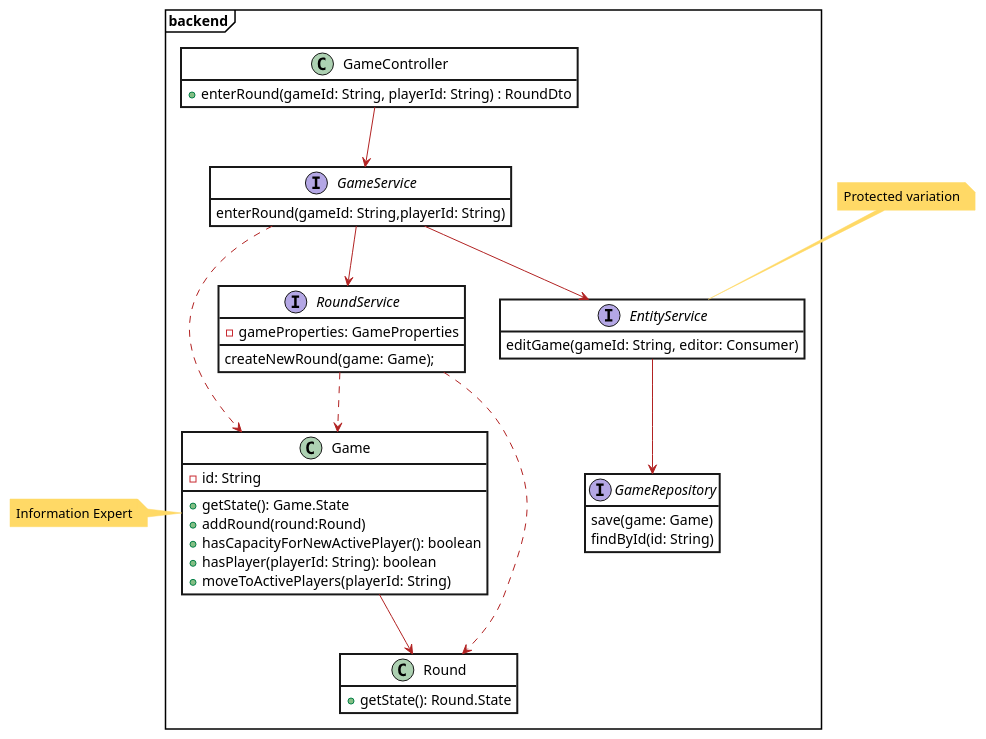
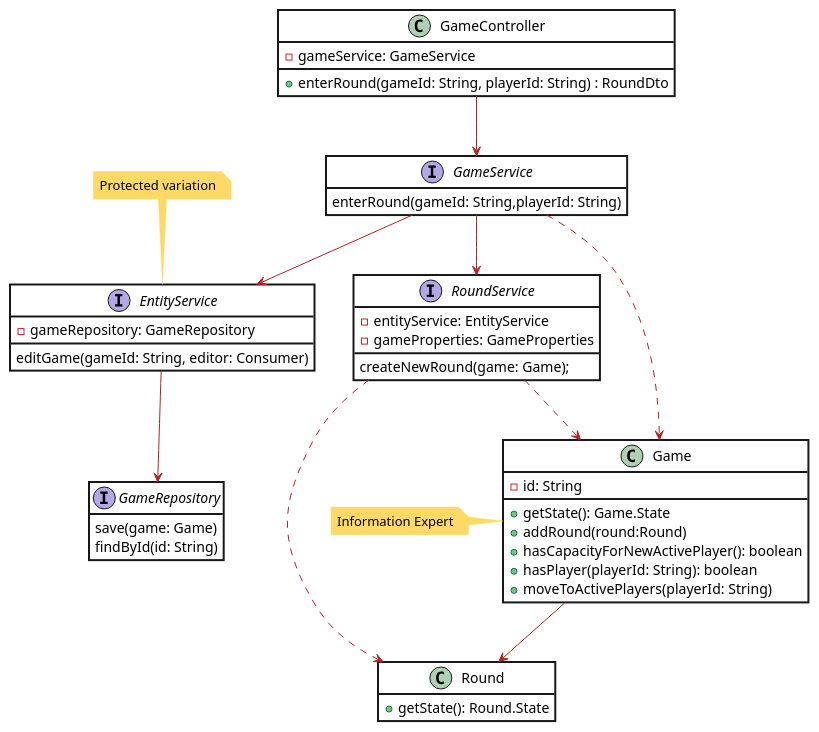
Before and after one commit to patrickwinti/worldwidewalter: the diagram in docs/diagrams/DCD_start_new_round.plantuml, drawn with PlantUML. The commit also changed 8 other files, not shown here.

Commit message:
[WWW-59] leave game diagrams

```diff
--- a/docs/diagrams/DCD_start_new_round.plantuml
+++ b/docs/diagrams/DCD_start_new_round.plantuml
@@ -1,55 +1,56 @@
 @startuml
 skinparam class {
     BackgroundColor white
     ArrowColor Firebrick
     BorderThickness 2
 }
 skinparam Note{
     BorderColor #FFD966
     BackgroundColor #FFD966
 }
 skinparam roundcorner 0
 skinparam packagestyle Frame
 hide empty members
 
-package backend{
-   class GameController {
-      +enterRound(gameId: String, playerId: String) : RoundDto
-   }
-   class Game {
-      -id: String
-      +getState(): Game.State
-      +addRound(round:Round)
-      +hasCapacityForNewActivePlayer(): boolean
-      +hasPlayer(playerId: String): boolean
-      +moveToActivePlayers(playerId: String)
-   }
-   class Round {
-      +getState(): Round.State
-   }
-   interface EntityService {
-      editGame(gameId: String, editor: Consumer)
-   }
-   interface RoundService{
-      -gameProperties: GameProperties
-      createNewRound(game: Game);
-   }
-   interface GameService{
-      enterRound(gameId: String,playerId: String)
-   }
-   interface GameRepository {
-      save(game: Game)
-      findById(id: String)
-   }
+class GameController {
+   -gameService: GameService
+   +enterRound(gameId: String, playerId: String) : RoundDto
+}
+class Game {
+   -id: String
+   +getState(): Game.State
+   +addRound(round:Round)
+   +hasCapacityForNewActivePlayer(): boolean
+   +hasPlayer(playerId: String): boolean
+   +moveToActivePlayers(playerId: String)
+}
+class Round {
+   +getState(): Round.State
+}
+interface EntityService {
+   -gameRepository: GameRepository
+   editGame(gameId: String, editor: Consumer)
+}
+interface RoundService{
+   -entityService: EntityService
+   -gameProperties: GameProperties
+   createNewRound(game: Game);
+}
+interface GameService{
+   enterRound(gameId: String,playerId: String)
+}
+interface GameRepository {
+   save(game: Game)
+   findById(id: String)
 }
 note left of Game: Information Expert
 note top of EntityService: Protected variation
 GameController-->GameService
 GameService ..> Game
 Game --> Round
 RoundService ..> Round
 RoundService ..> Game
 GameService --> EntityService
 GameService --> RoundService
 EntityService --> GameRepository
 @enduml
```
